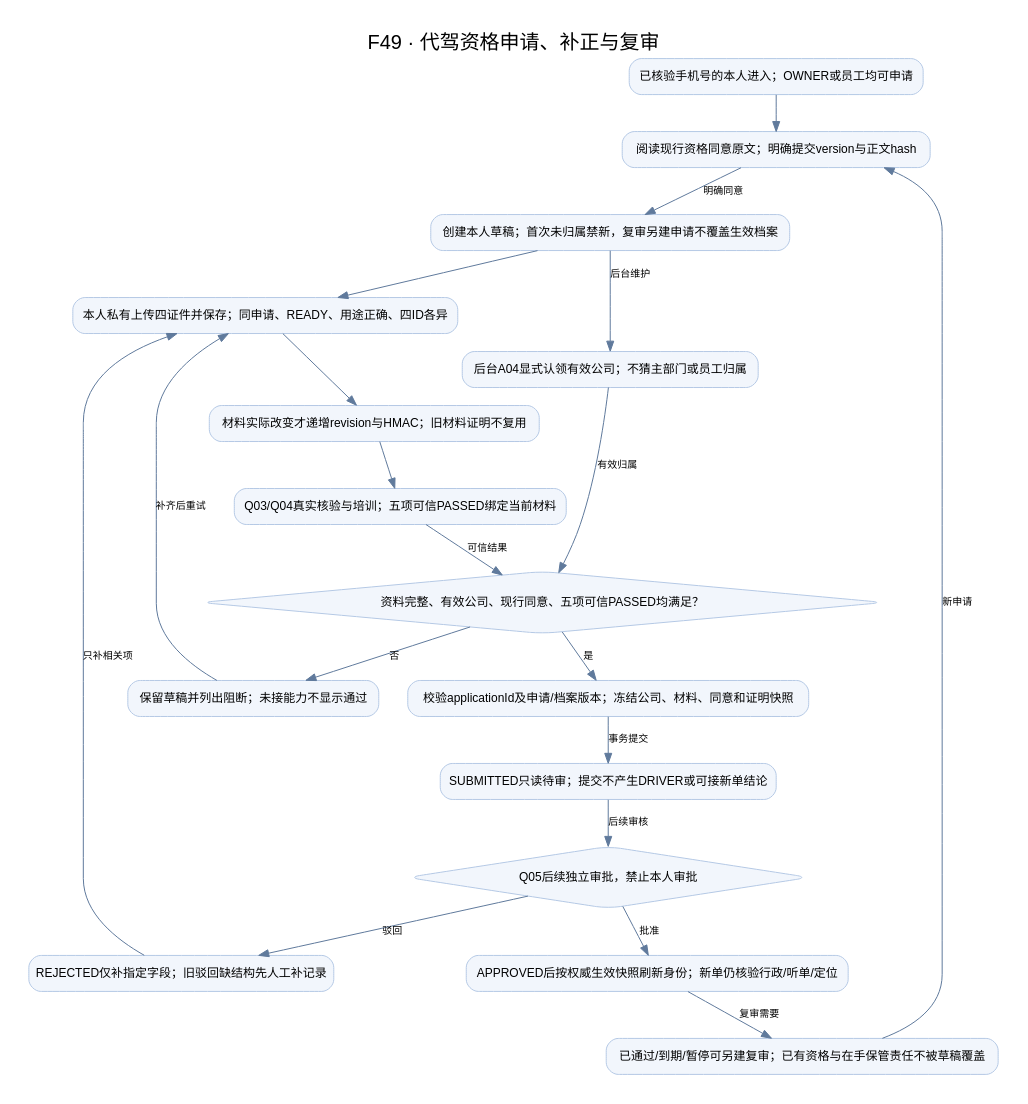
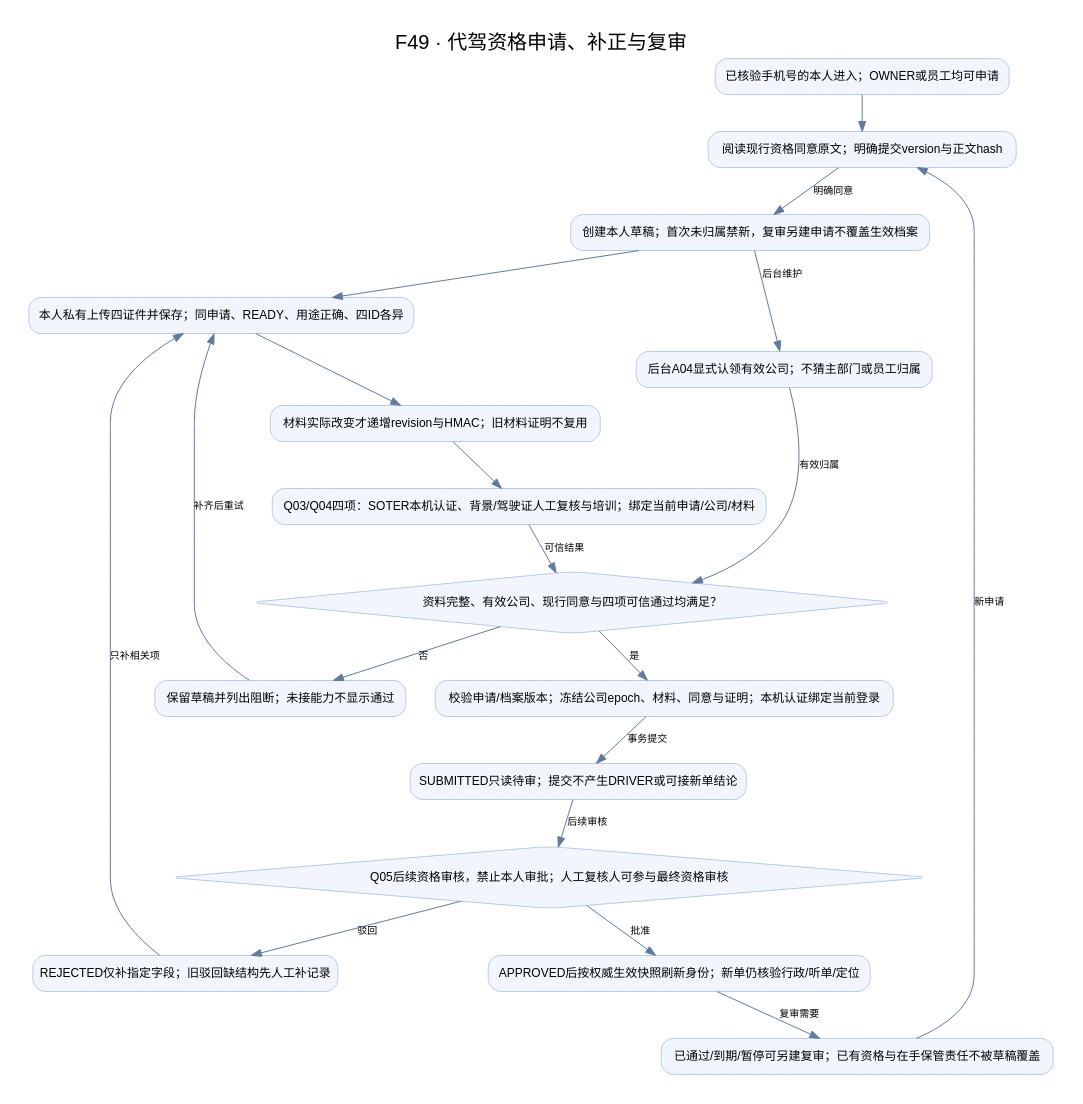
Before and after one commit to chanbeishui/xinyi: the diagram in docs/vehicle/V6.4/08_业务流程图/DOT/F49.dot, drawn with Graphviz. The commit also changed 195 other files, not shown here.

```diff
--- a/docs/vehicle/V6.4/08_业务流程图/DOT/F49.dot
+++ b/docs/vehicle/V6.4/08_业务流程图/DOT/F49.dot
@@ -1,38 +1,38 @@
 digraph G {
     graph [rankdir=TB,bgcolor="white",pad="0.3",nodesep="0.4",ranksep="0.5",fontname="sans-serif",label="F49 · 代驾资格申请、补正与复审",labelloc=t,fontsize=20];
     node [shape=box,style="rounded,filled",fillcolor="#F2F6FC",color="#B5C9E5",fontname="sans-serif",fontsize=12,margin=".15,.12"];
     edge [color="#607A9C",fontname="sans-serif",fontsize=10];
     n1 [label="已核验手机号的本人进入；OWNER或员工均可申请"];
     n2 [label="阅读现行资格同意原文；明确提交version与正文hash"];
     n3 [label="创建本人草稿；首次未归属禁新，复审另建申请不覆盖生效档案"];
     n4 [label="本人私有上传四证件并保存；同申请、READY、用途正确、四ID各异"];
     n5 [label="材料实际改变才递增revision与HMAC；旧材料证明不复用"];
     n6 [label="后台A04显式认领有效公司；不猜主部门或员工归属"];
-    n7 [label="Q03/Q04真实核验与培训；五项可信PASSED绑定当前材料"];
-    n8 [label="资料完整、有效公司、现行同意、五项可信PASSED均满足？",shape=diamond];
+    n7 [label="Q03/Q04四项：SOTER本机认证、背景/驾驶证人工复核与培训；绑定当前申请/公司/材料"];
+    n8 [label="资料完整、有效公司、现行同意与四项可信通过均满足？",shape=diamond];
     n9 [label="保留草稿并列出阻断；未接能力不显示通过"];
-    n10 [label="校验applicationId及申请/档案版本；冻结公司、材料、同意和证明快照"];
+    n10 [label="校验申请/档案版本；冻结公司epoch、材料、同意与证明；本机认证绑定当前登录"];
     n11 [label="SUBMITTED只读待审；提交不产生DRIVER或可接新单结论"];
-    n12 [label="Q05后续独立审批，禁止本人审批",shape=diamond];
+    n12 [label="Q05后续资格审核，禁止本人审批；人工复核人可参与最终资格审核",shape=diamond];
     n13 [label="REJECTED仅补指定字段；旧驳回缺结构先人工补记录"];
     n14 [label="APPROVED后按权威生效快照刷新身份；新单仍核验行政/听单/定位"];
     n15 [label="已通过/到期/暂停可另建复审；已有资格与在手保管责任不被草稿覆盖"];
     n1 -> n2 [label=""];
     n2 -> n3 [label="明确同意"];
     n3 -> n4 [label=""];
     n3 -> n6 [label="后台维护"];
     n4 -> n5 [label=""];
     n5 -> n7 [label=""];
     n6 -> n8 [label="有效归属"];
     n7 -> n8 [label="可信结果"];
     n8 -> n9 [label="否"];
     n9 -> n4 [label="补齐后重试"];
     n8 -> n10 [label="是"];
     n10 -> n11 [label="事务提交"];
     n11 -> n12 [label="后续审核"];
     n12 -> n13 [label="驳回"];
     n13 -> n4 [label="只补相关项"];
     n12 -> n14 [label="批准"];
     n14 -> n15 [label="复审需要"];
     n15 -> n2 [label="新申请"];
 }
```
